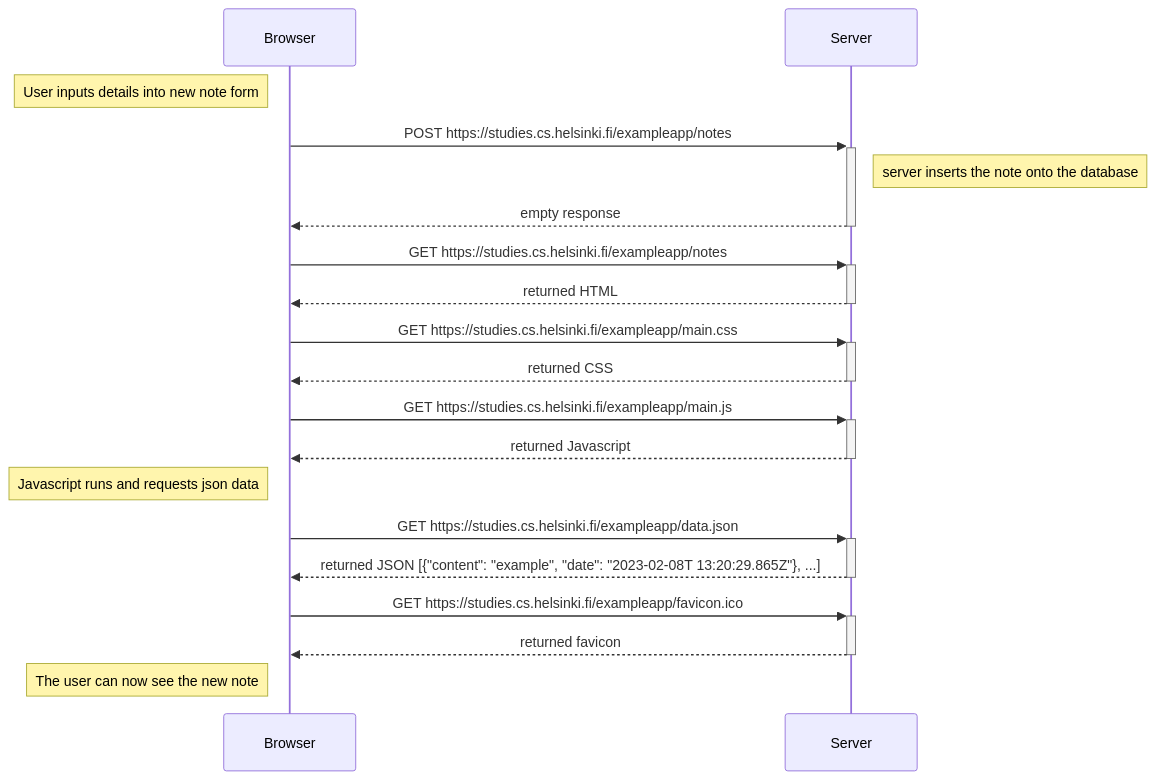
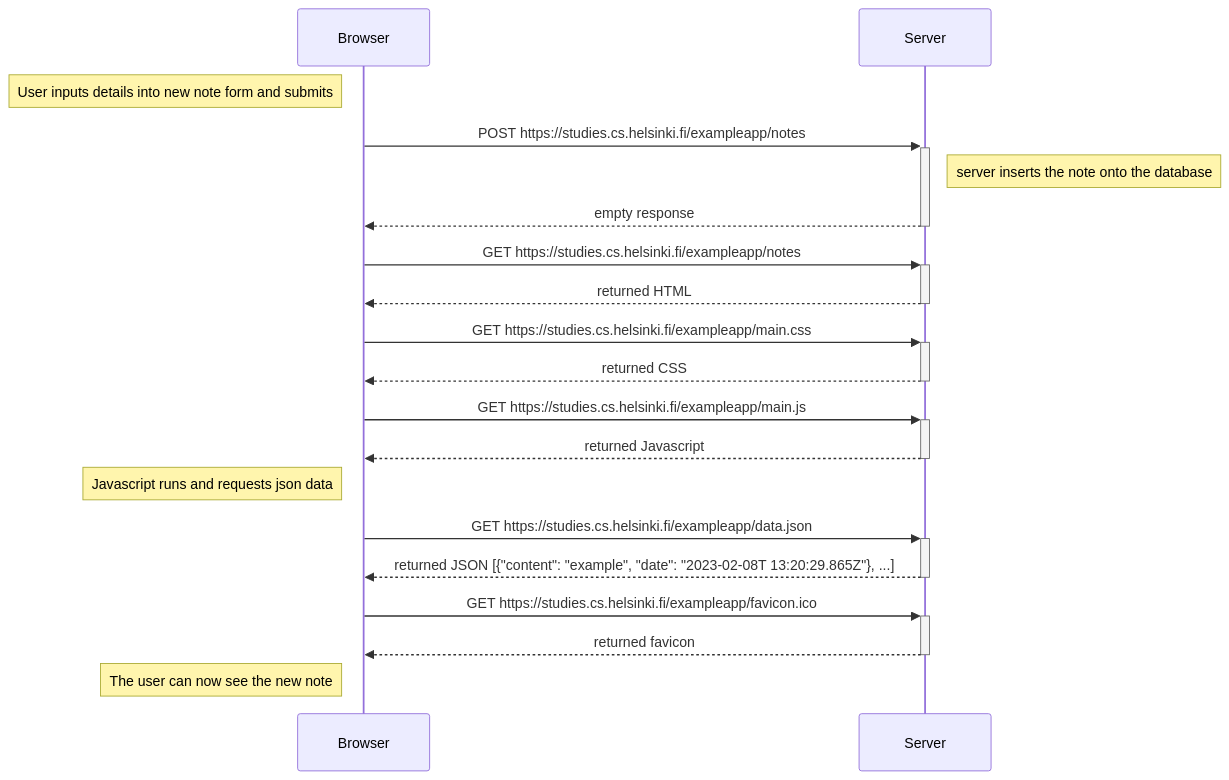
One commit to RobertWatkin/Full-Stack-Open-P0 changed the diagram in 0.4.md. Above: the diagram before and after it, drawn with Mermaid.

````diff
--- a/0.4.md
+++ b/0.4.md
@@ -3,30 +3,30 @@
 ```mermaid
 sequenceDiagram
-    note left of Browser: User inputs details into new note form
+    note left of Browser: User inputs details into new note form and submits
 
     Browser->>+Server: POST https://studies.cs.helsinki.fi/exampleapp/notes
     
     note right of Server: server inserts the note onto the database
     
     Server-->>-Browser: empty response
     
     Browser->>+Server: GET https://studies.cs.helsinki.fi/exampleapp/notes
     Server-->>-Browser: returned HTML
     
     Browser->>+Server: GET https://studies.cs.helsinki.fi/exampleapp/main.css
     Server-->>-Browser: returned CSS
     
         Browser->>+Server: GET https://studies.cs.helsinki.fi/exampleapp/main.js
     Server-->>-Browser: returned Javascript
     
     note left of Browser: Javascript runs and requests json data
     
     Browser->>+Server: GET https://studies.cs.helsinki.fi/exampleapp/data.json
     Server-->>-Browser: returned JSON [{"content": "example", "date": "2023-02-08T 13:20:29.865Z"}, ...]
 
     Browser->>+Server: GET https://studies.cs.helsinki.fi/exampleapp/favicon.ico
     Server-->>-Browser: returned favicon
 
     note left of Browser: The user can now see the new note
   
 ```
````
